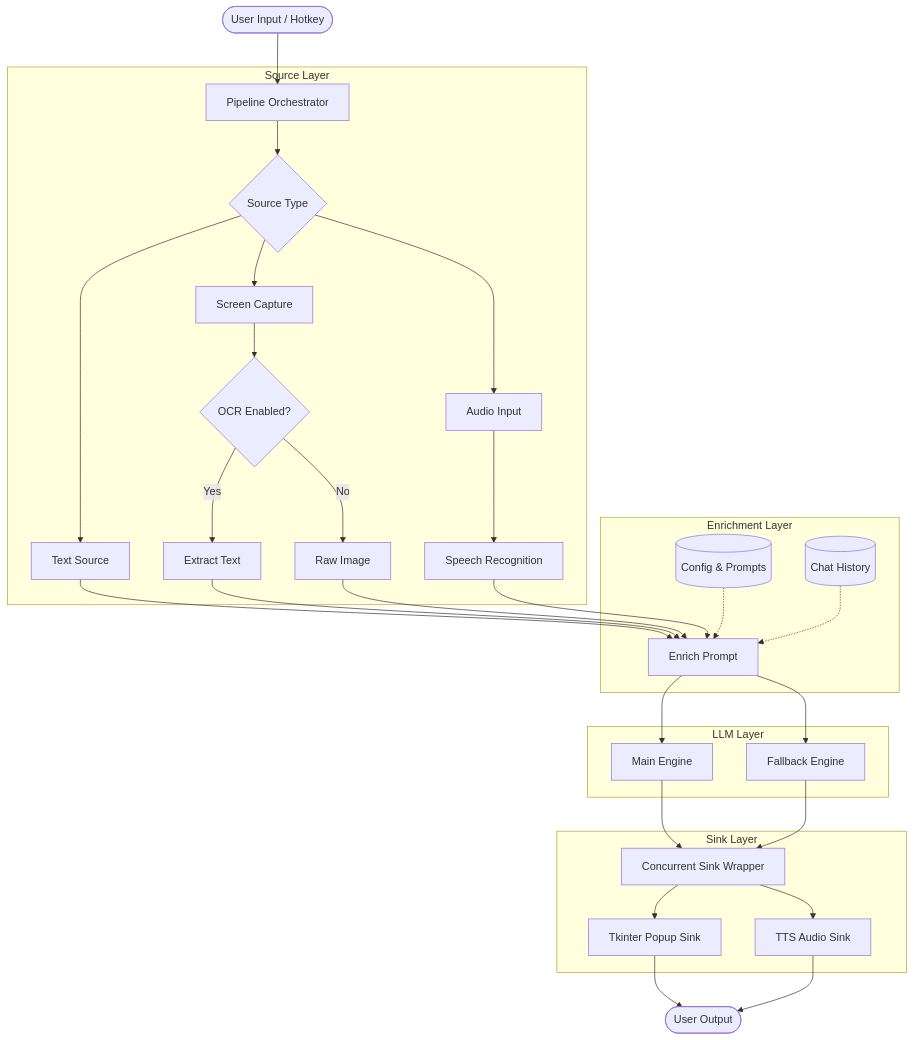
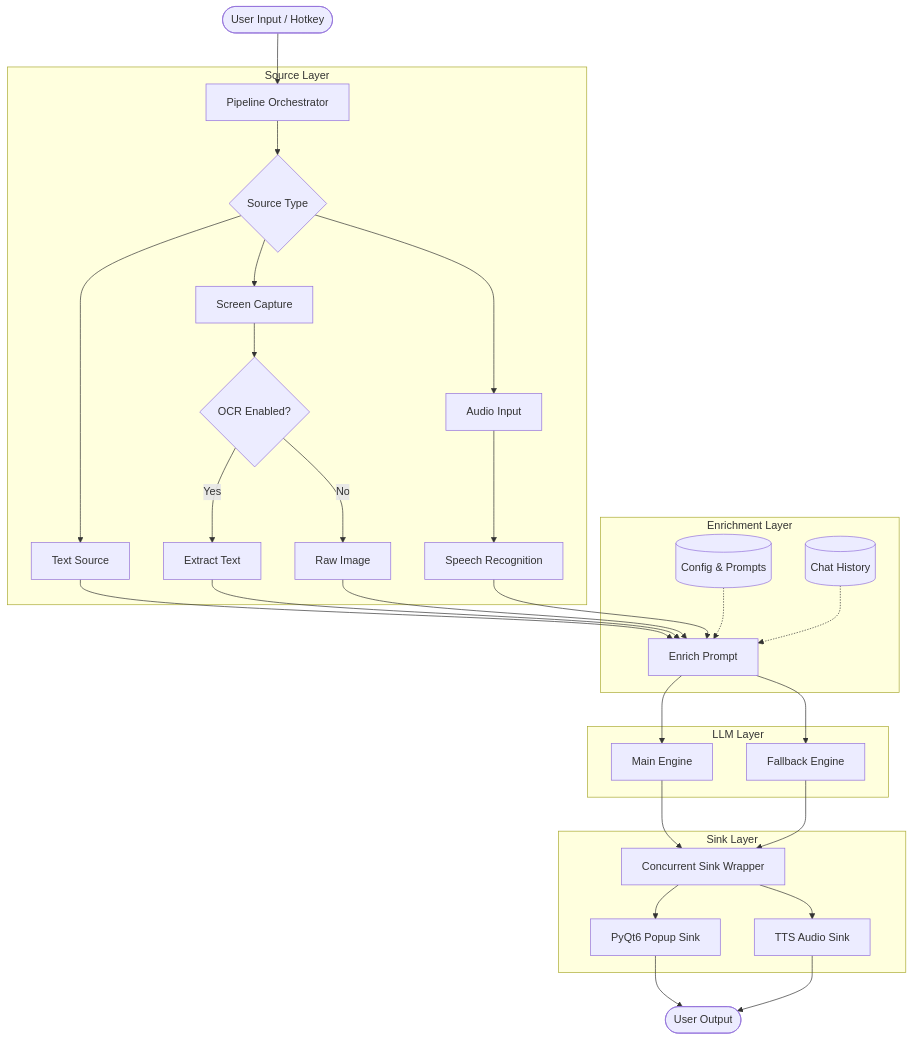
One commit to ahmedyarub/SnapSolve changed the first of 2 diagrams in ARCHITECTURE.md. Above: the diagram before and after it, drawn with Mermaid. The commit also changed other lines of this file and 12 other files, not shown here.

````diff
--- a/ARCHITECTURE.md
+++ b/ARCHITECTURE.md
@@ -9,39 +9,39 @@
 ```mermaid
 flowchart TD
     User([User Input / Hotkey]) --> Orchestrator[Pipeline Orchestrator]
 
     subgraph Source Layer
         Orchestrator --> SourceSelector{Source Type}
         SourceSelector --> Text[Text Source]
         SourceSelector --> Screen[Screen Capture]
         SourceSelector --> Audio[Audio Input]
         Screen --> OCR{OCR Enabled?}
         OCR -- Yes --> Extract[Extract Text]
         OCR -- No --> Raw[Raw Image]
         Audio --> Transcribe[Speech Recognition]
     end
 
     subgraph Enrichment Layer
         Text --> Enrich[Enrich Prompt]
         Extract --> Enrich
         Raw --> Enrich
         Transcribe --> Enrich
         Config[(Config & Prompts)] -.-> Enrich
         Session[(Chat History)] -.-> Enrich
     end
 
     subgraph LLM Layer
         Enrich --> MainLLM[Main Engine]
         Enrich --> FallbackLLM[Fallback Engine]
     end
 
     subgraph Sink Layer
         MainLLM --> Sinks[Concurrent Sink Wrapper]
         FallbackLLM --> Sinks
-        Sinks --> Popup[Tkinter Popup Sink]
+        Sinks --> Popup[PyQt6 Popup Sink]
         Sinks --> AudioOut[TTS Audio Sink]
     end
 
     Popup --> Output([User Output])
     AudioOut --> Output
 ```
````
